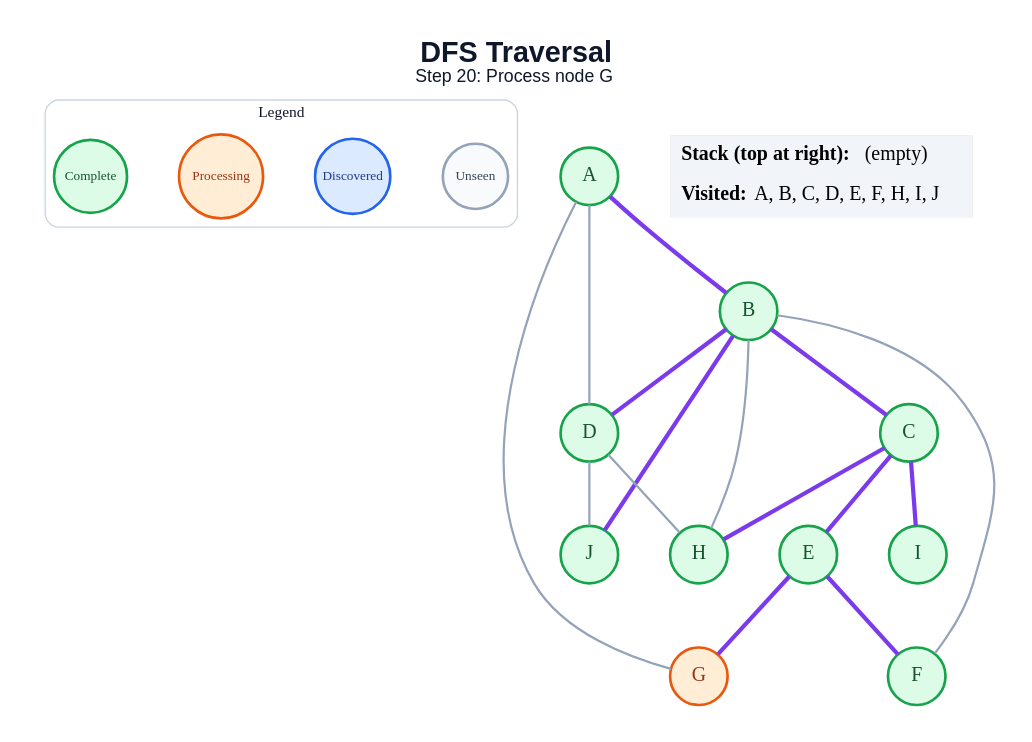
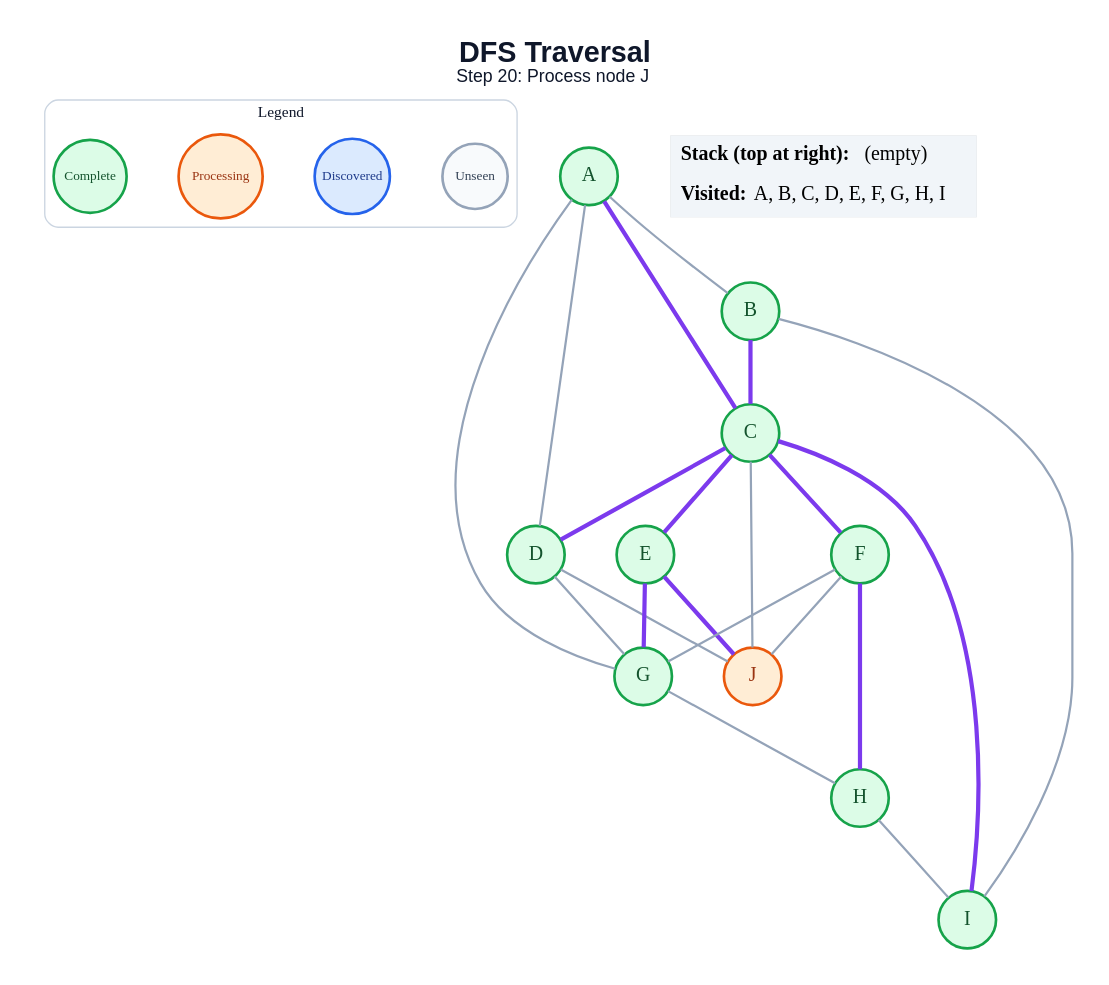
The diagram in generated/specific-node/dfs/step_20.dot (amanghodawala9/ai-slop), drawn with Graphviz before and after one commit. The commit also changed 178 other files, not shown here.

```diff
--- a/generated/specific-node/dfs/step_20.dot
+++ b/generated/specific-node/dfs/step_20.dot
@@ -1,44 +1,49 @@
 graph traversal {
   graph [layout=dot, rankdir=TB, bgcolor="#FFFFFF", pad="0.35", nodesep="0.65", ranksep="0.8", fontname="Arial"];
   node [shape=circle, style="filled", fontname="Arial Bold", fontsize=18, width=0.72, fixedsize=true, penwidth=2.4];
   edge [color="#94A3B8", penwidth=2.0];
-  label=<<B>DFS Traversal</B><BR/><FONT POINT-SIZE="16">Step 20: Process node G</FONT>>; labelloc="t"; fontsize=26; fontname="Arial"; fontcolor="#0F172A";
+  label=<<B>DFS Traversal</B><BR/><FONT POINT-SIZE="16">Step 20: Process node J</FONT>>; labelloc="t"; fontsize=26; fontname="Arial"; fontcolor="#0F172A";
   subgraph cluster_legend { label="Legend"; color="#CBD5E1"; penwidth=1.2; style="rounded"; fontsize=14; fontname="Arial Bold";
     key_unseen [label="Unseen", fillcolor="#F8FAFC", color="#94A3B8", fontcolor="#334155", fontsize=12, width=0.82];
     key_frontier [label="Discovered", fillcolor="#DBEAFE", color="#2563EB", fontcolor="#1E3A8A", fontsize=12, width=0.95];
     key_current [label="Processing", fillcolor="#FFEDD5", color="#EA580C", fontcolor="#9A3412", fontsize=12, width=1.05];
     key_done [label="Complete", fillcolor="#DCFCE7", color="#16A34A", fontcolor="#14532D", fontsize=12, width=0.92];
     { rank=same; key_unseen; key_frontier; key_current; key_done; }
   }
   A [fillcolor="#DCFCE7", color="#16A34A", fontcolor="#14532D"];
   B [fillcolor="#DCFCE7", color="#16A34A", fontcolor="#14532D"];
   C [fillcolor="#DCFCE7", color="#16A34A", fontcolor="#14532D"];
   D [fillcolor="#DCFCE7", color="#16A34A", fontcolor="#14532D"];
   E [fillcolor="#DCFCE7", color="#16A34A", fontcolor="#14532D"];
   F [fillcolor="#DCFCE7", color="#16A34A", fontcolor="#14532D"];
-  G [fillcolor="#FFEDD5", color="#EA580C", fontcolor="#9A3412"];
+  G [fillcolor="#DCFCE7", color="#16A34A", fontcolor="#14532D"];
   H [fillcolor="#DCFCE7", color="#16A34A", fontcolor="#14532D"];
   I [fillcolor="#DCFCE7", color="#16A34A", fontcolor="#14532D"];
-  J [fillcolor="#DCFCE7", color="#16A34A", fontcolor="#14532D"];
-  A -- B [color="#7C3AED", penwidth=3.8];
+  J [fillcolor="#FFEDD5", color="#EA580C", fontcolor="#9A3412"];
+  A -- B;
+  A -- C [color="#7C3AED", penwidth=3.8];
   A -- D;
   A -- G;
   B -- C [color="#7C3AED", penwidth=3.8];
-  B -- D [color="#7C3AED", penwidth=3.8];
-  B -- F;
-  B -- H;
-  B -- J [color="#7C3AED", penwidth=3.8];
+  B -- I;
+  C -- D [color="#7C3AED", penwidth=3.8];
   C -- E [color="#7C3AED", penwidth=3.8];
-  C -- H [color="#7C3AED", penwidth=3.8];
+  C -- F [color="#7C3AED", penwidth=3.8];
   C -- I [color="#7C3AED", penwidth=3.8];
-  D -- H;
+  C -- J;
+  D -- G;
   D -- J;
-  E -- F [color="#7C3AED", penwidth=3.8];
   E -- G [color="#7C3AED", penwidth=3.8];
+  E -- J [color="#7C3AED", penwidth=3.8];
+  F -- G;
+  F -- H [color="#7C3AED", penwidth=3.8];
+  F -- J;
+  G -- H;
+  H -- I;
   status [shape=plain, fixedsize=false, width=0, height=0, margin=0, label=<
     <TABLE BORDER="0" CELLBORDER="0" CELLPADDING="7" BGCOLOR="#F1F5F9">
       <TR><TD ALIGN="LEFT"><B>Stack (top at right):</B> (empty)</TD></TR>
-      <TR><TD ALIGN="LEFT"><B>Visited:</B> A, B, C, D, E, F, H, I, J</TD></TR>
+      <TR><TD ALIGN="LEFT"><B>Visited:</B> A, B, C, D, E, F, G, H, I</TD></TR>
     </TABLE>
   >];
 }
```
